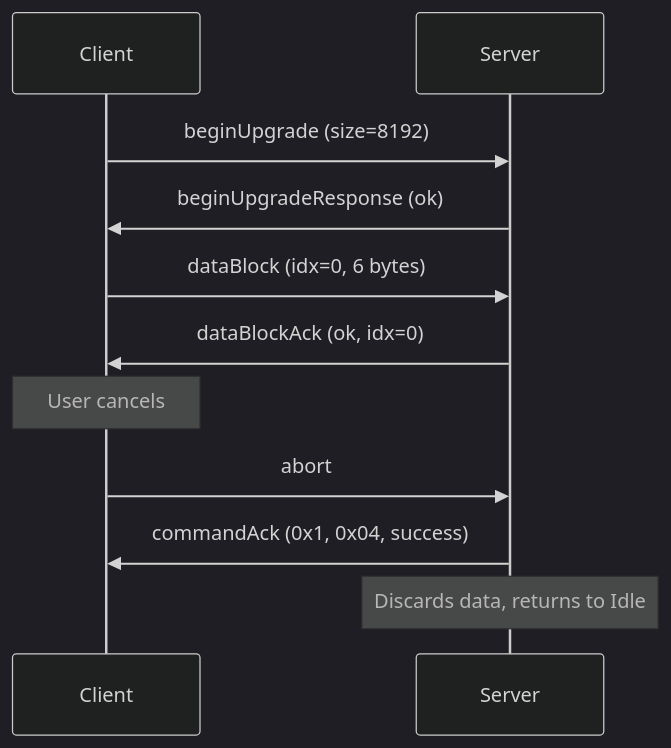
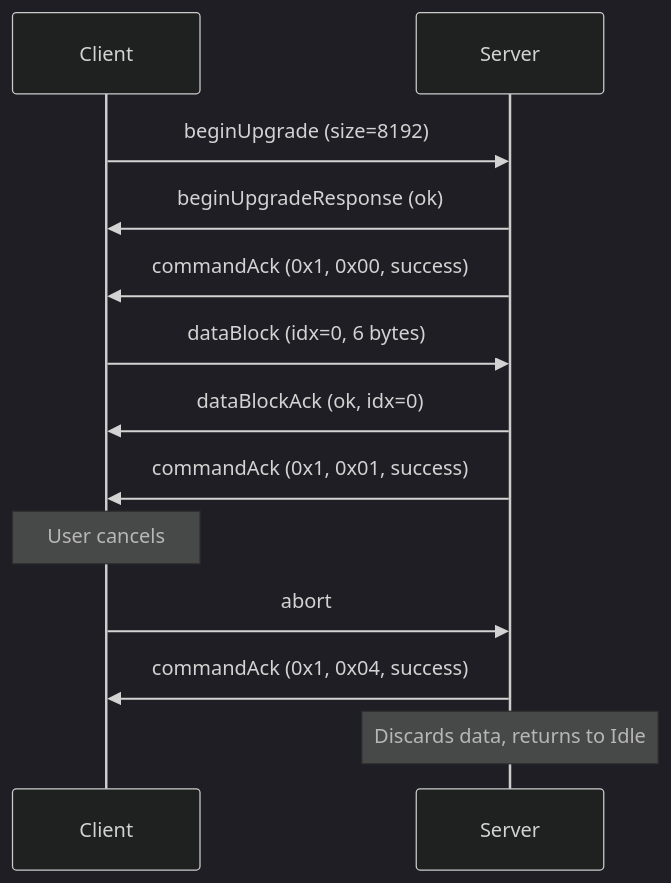
The second of 4 diagrams in documents/spec/firmware-upgrade.md (embedded-pro/can-lite), drawn with Mermaid (dark theme) before and after one commit. The commit also changed other lines of this file and 18 other files, not shown here.

````diff
--- a/documents/spec/firmware-upgrade.md
+++ b/documents/spec/firmware-upgrade.md
@@ -242,16 +273,18 @@
 ```mermaid
 sequenceDiagram
     participant C as Client
     participant S as Server
 
     C->>S: beginUpgrade (size=8192)
     S->>C: beginUpgradeResponse (ok)
+    S->>C: commandAck (0x1, 0x00, success)
 
     C->>S: dataBlock (idx=0, 6 bytes)
     S->>C: dataBlockAck (ok, idx=0)
+    S->>C: commandAck (0x1, 0x01, success)
 
     Note over C: User cancels
     C->>S: abort
     S->>C: commandAck (0x1, 0x04, success)
     Note over S: Discards data, returns to Idle
 ```
````
